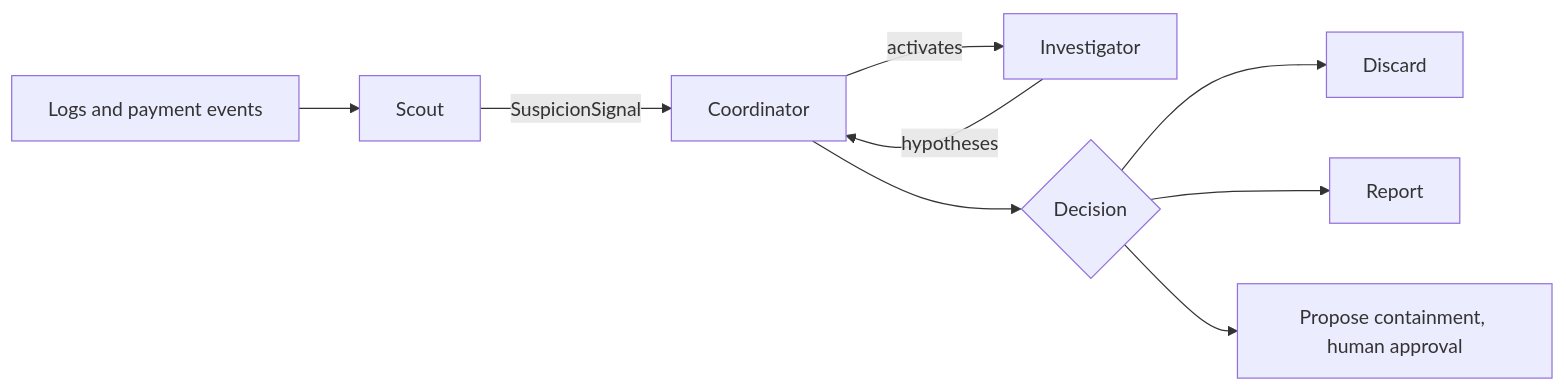
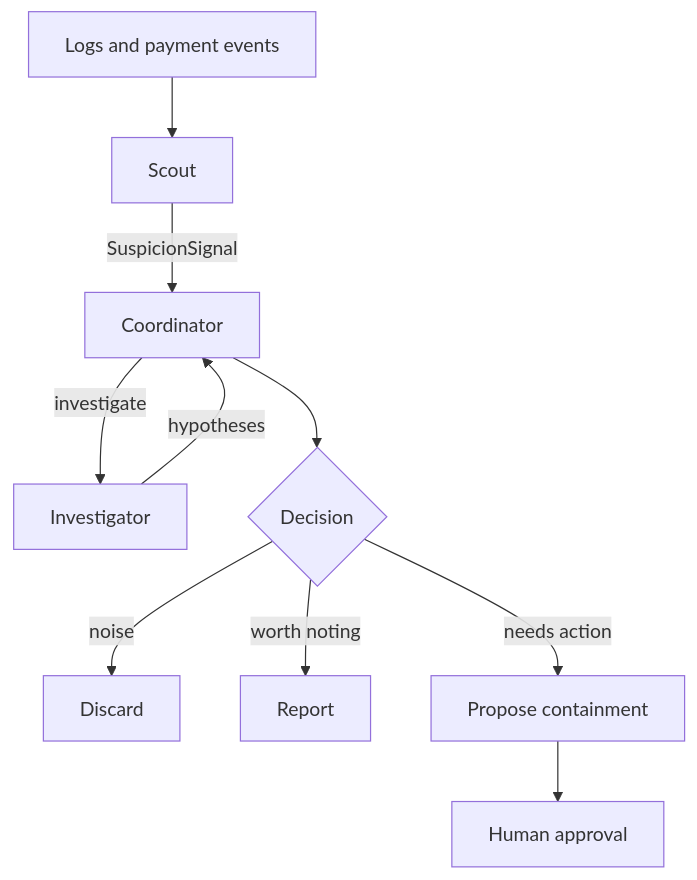
Before and after one commit to jdjagustin/swarmguard: the diagram in README.md, drawn with Mermaid.

Commit message:
docs: make README diagram vertical with shorter labels

````diff
--- a/README.md
+++ b/README.md
@@ -23,11 +23,12 @@
 ```mermaid
-flowchart LR
+flowchart TD
     A[Logs and payment events] --> B[Scout]
-    B -- SuspicionSignal --> C[Coordinator]
-    C -- activates --> D[Investigator]
-    D -- hypotheses --> C
+    B -->|SuspicionSignal| C[Coordinator]
+    C -->|investigate| D[Investigator]
+    D -->|hypotheses| C
     C --> E{Decision}
-    E --> F[Discard]
-    E --> G[Report]
-    E --> H[Propose containment, human approval]
+    E -->|noise| F[Discard]
+    E -->|worth noting| G[Report]
+    E -->|needs action| H[Propose containment]
+    H --> I[Human approval]
 ```
````
